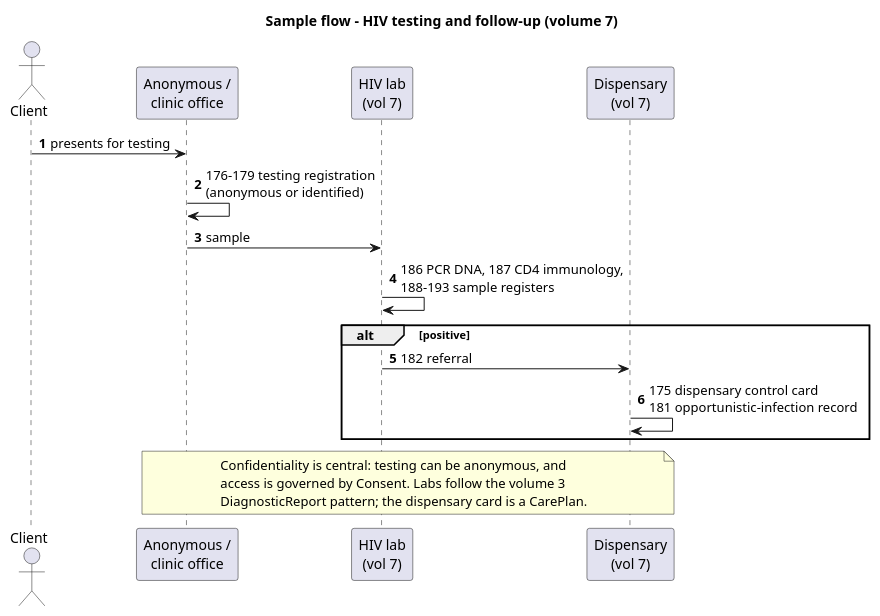
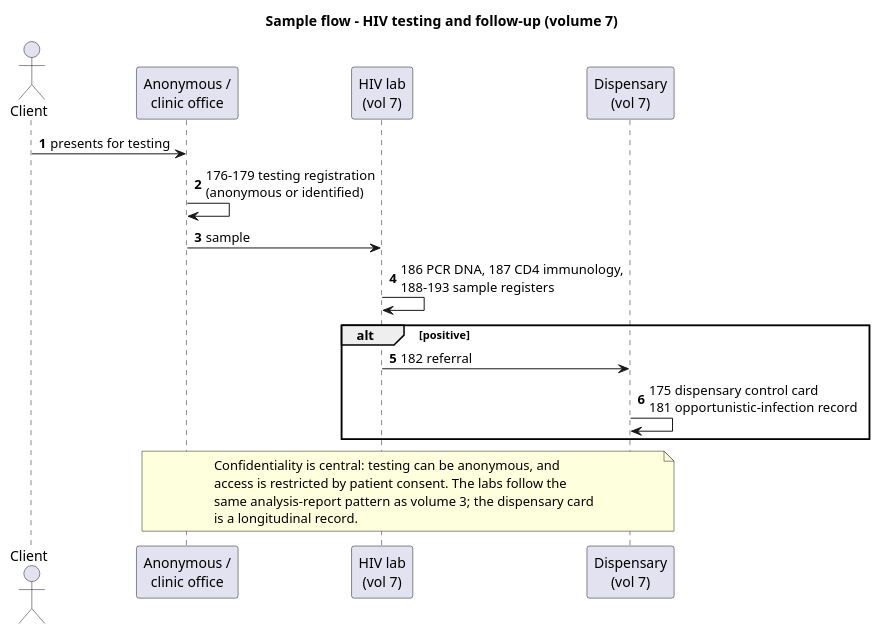
One commit to uzinfocom-org/digital-health-integration changed the diagram in input/images-source/forms-vol07-flow.plantuml. Above: the diagram before and after it, drawn with PlantUML. The commit also changed 12 other files, not shown here.

Commit message:
strip FHIR mappings from volume diagrams

```diff
--- a/input/images-source/forms-vol07-flow.plantuml
+++ b/input/images-source/forms-vol07-flow.plantuml
@@ -1,24 +1,25 @@
 @startuml forms-vol07-flow
 title Sample flow - HIV testing and follow-up (volume 7)
 autonumber
 
 actor Client as C
 participant "Anonymous /\nclinic office" as OFF
 participant "HIV lab\n(vol 7)" as LAB
 participant "Dispensary\n(vol 7)" as DISP
 
 C -> OFF : presents for testing
 OFF -> OFF : 176-179 testing registration\n(anonymous or identified)
 OFF -> LAB : sample
 LAB -> LAB : 186 PCR DNA, 187 CD4 immunology,\n188-193 sample registers
 alt positive
   LAB -> DISP : 182 referral
   DISP -> DISP : 175 dispensary control card\n181 opportunistic-infection record
 end
 
 note over OFF, DISP
   Confidentiality is central: testing can be anonymous, and
-  access is governed by Consent. Labs follow the volume 3
-  DiagnosticReport pattern; the dispensary card is a CarePlan.
+  access is restricted by patient consent. The labs follow the
+  same analysis-report pattern as volume 3; the dispensary card
+  is a longitudinal record.
 end note
 @enduml
```
